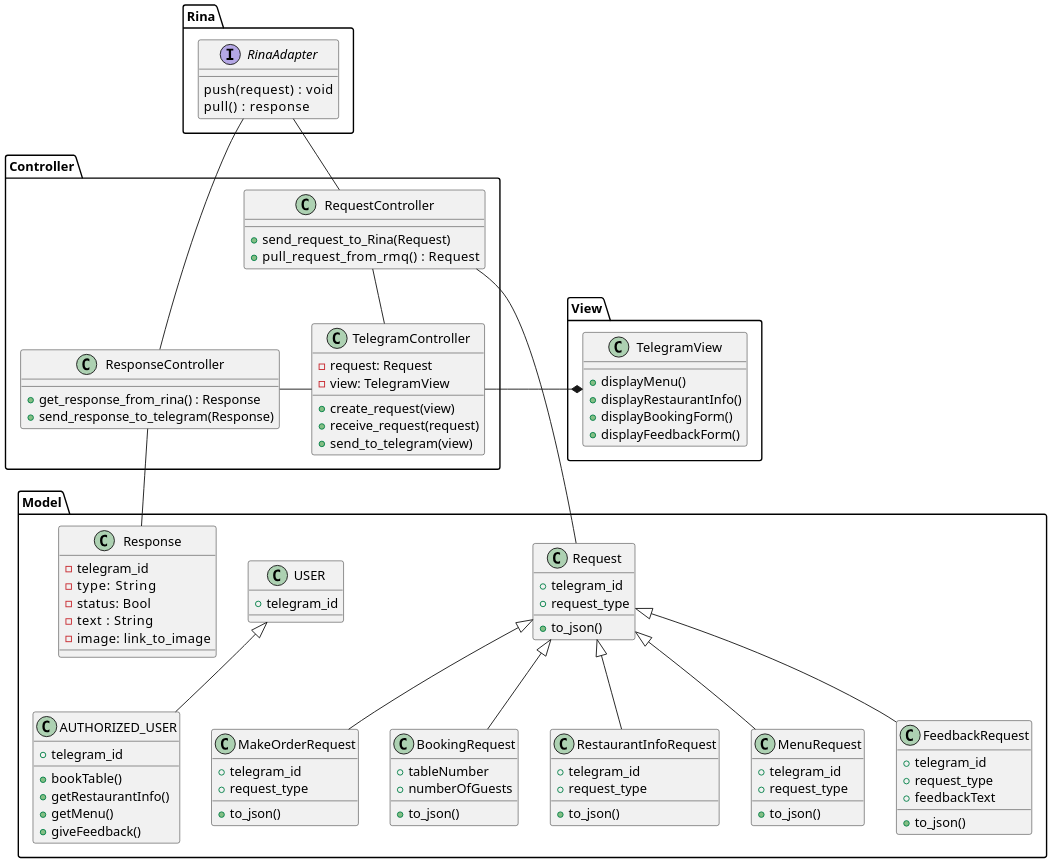
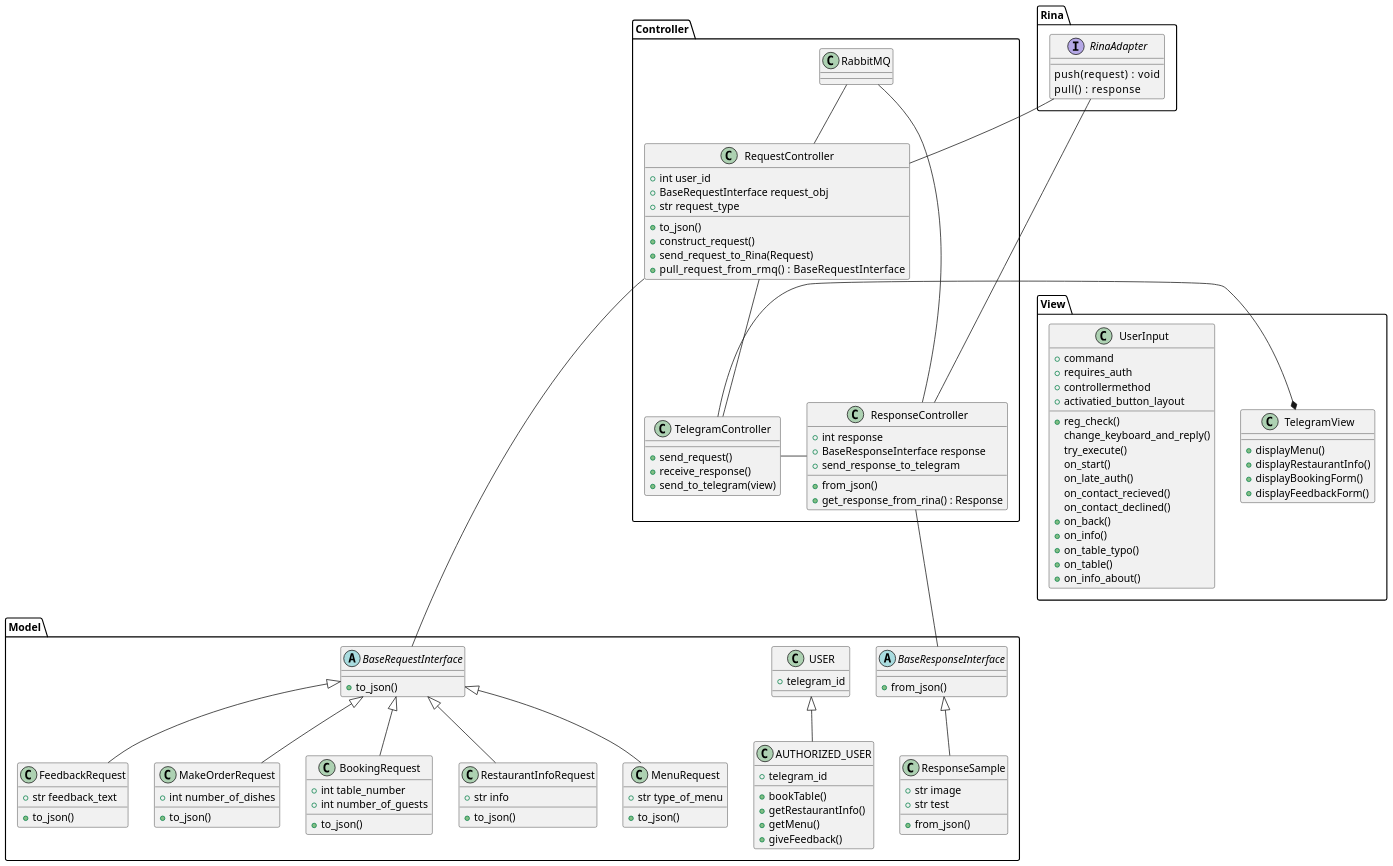
The diagram in diagrams/class_diagram.puml (limpwinter/rina_connector), drawn with PlantUML before and after one commit.

Commit message:
upd_diagram

```diff
--- a/diagrams/class_diagram.puml
+++ b/diagrams/class_diagram.puml
@@ -1,131 +1,150 @@
 @startuml
 
 scale  2048 width
 scale  1600 height
 package "Model" {
 
 'class RabbitMQ{
 '-Producer
 '-Consumer
 '}
 class USER {
   +telegram_id
 }
 
 class AUTHORIZED_USER {
   +telegram_id
   +bookTable()
   +getRestaurantInfo()
   +getMenu()
   +giveFeedback()
 }
-  class Response{
-  -telegram_id
-  -type:    String
-  -status:  Bool
-  -text :   String
-  -image:   link_to_image
+  abstract class BaseResponseInterface{
++ from_json()
+}
+class ResponseSample{
++ str image
++ str test
++ from_json()
+}
 
-
+  abstract class BaseRequestInterface {
+    + to_json()
   }
-
-  class Request {
-    +telegram_id
-    +request_type
-    +to_json()
-  }
-  class MakeOrderRequest{
-  +telegram_id
-    +request_type
-    +to_json()
-  }
+class MakeOrderRequest{
++ int number_of_dishes
++ to_json()
+}
 
   class BookingRequest {
 
-    +tableNumber
-    +numberOfGuests
-     +to_json()
++ int table_number
++ int number_of_guests
++ to_json()
   }
 
   class RestaurantInfoRequest {
-    +telegram_id
-    +request_type
-     +to_json()
++ str info
++ to_json()
   }
 
   class MenuRequest {
-    +telegram_id
-    +request_type
-     +to_json()
++ str type_of_menu
++ to_json()
   }
 
   class FeedbackRequest {
-    +telegram_id
-    +request_type
-    +feedbackText
-     +to_json()
++ str feedback_text
++ to_json()
   }
 
 
 }
 
 package "View" {
+class UserInput{
++command
++requires_auth
++controllermethod
++activatied_button_layout
++reg_check()
+change_keyboard_and_reply()
+try_execute()
+on_start()
+on_late_auth()
+on_contact_recieved()
+on_contact_declined()
++on_back()
++on_info()
++on_table_typo()
++on_table()
++on_info_about()
+
+}
   class TelegramView {
     +displayMenu()
     +displayRestaurantInfo()
     +displayBookingForm()
     +displayFeedbackForm()
   }
 }
 
 package Rina {
 interface RinaAdapter{
 push(request)  :   void
 pull()  :   response
 }
 
 }
 package "Controller" {
 
-'  class RMQController{
-'  +send_request_to_rmq()
-'  }
+class RabbitMQ{
+}
   class ResponseController{
 '  +receive_response_from_rmq()
++ int response
++ BaseResponseInterface response
++ from_json()
   +get_response_from_rina() : Response
-  +send_response_to_telegram(Response)
+  +send_response_to_telegram
   }
   class RequestController{
+  + int user_id
++ BaseRequestInterface request_obj
++ str request_type
++ to_json()
++ construct_request()
 '  -request:Request
   +send_request_to_Rina(Request)
-  +pull_request_from_rmq()  :   Request
+  +pull_request_from_rmq()  :   BaseRequestInterface
   }
   class TelegramController {
-    -request: Request
-    -view: TelegramView
 
-    +create_request(view)
-    +receive_request(request)
+    +send_request()
+    +receive_response()
     +send_to_telegram(view)
   }
 }
-Request <|-- BookingRequest
-Request <|-- MakeOrderRequest
+BaseRequestInterface <|-- BookingRequest
+BaseRequestInterface <|-- MakeOrderRequest
 
-Request <|-- RestaurantInfoRequest
-Request <|-- MenuRequest
-Request <|-- FeedbackRequest
+BaseRequestInterface <|-- RestaurantInfoRequest
+BaseRequestInterface <|-- MenuRequest
+BaseRequestInterface <|-- FeedbackRequest
+BaseResponseInterface <|-- ResponseSample
 'TelegramView *--
 TelegramController -right-* TelegramView
 'ResponseController -> TelegramController
 RinaAdapter -- RequestController
 RinaAdapter -- ResponseController
 ResponseController - TelegramController
 RequestController -- TelegramController
-ResponseController -- Response
-RequestController - Request
+ResponseController -- BaseResponseInterface
+RequestController - BaseRequestInterface
+RabbitMQ -- RequestController
+RabbitMQ -- ResponseController
 USER <|-- AUTHORIZED_USER
 'TelegramController --> Request
 'RMQController --> RabbitMQ
 
 @enduml
```
